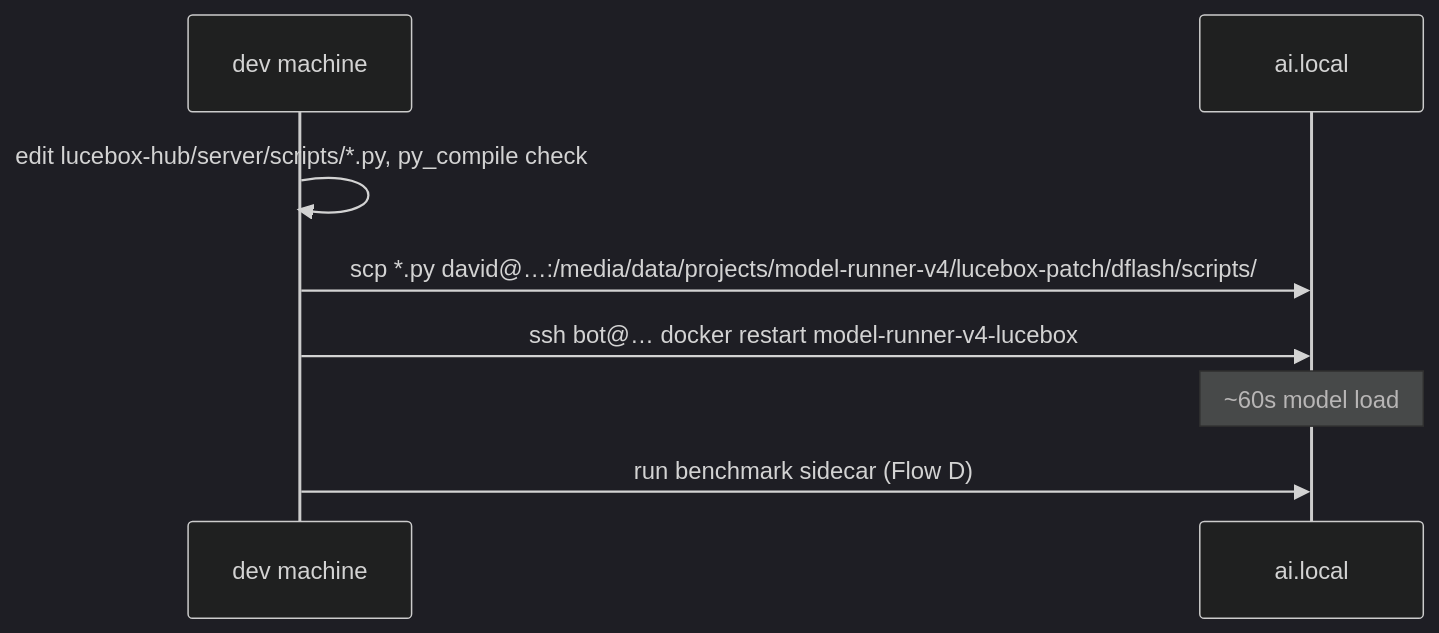
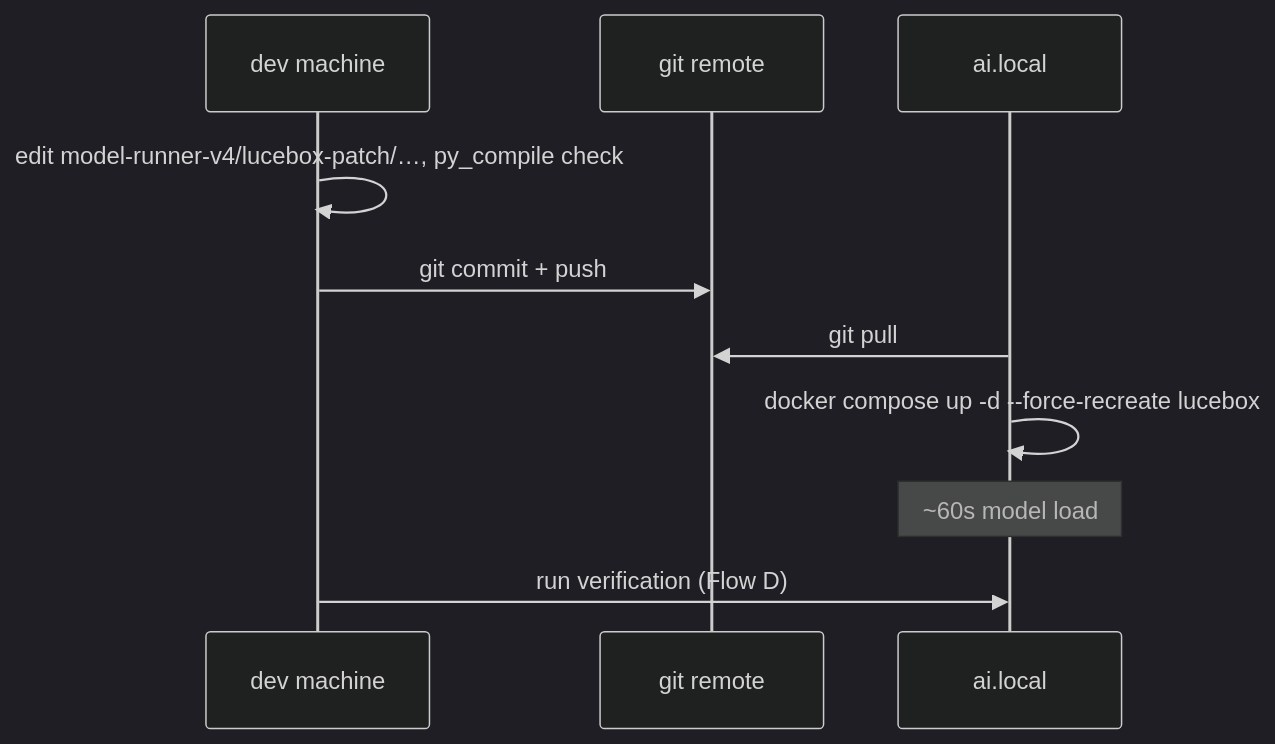
The second of 3 diagrams in docs/deployment-flow.md (davidmroth/model-runner-v4), drawn with Mermaid (dark theme) before and after one commit. The commit also changed other lines of this file and 4 other files, not shown here.

````diff
--- a/docs/deployment-flow.md
+++ b/docs/deployment-flow.md
@@ -60,10 +60,12 @@
 ```mermaid
 sequenceDiagram
   participant Dev as dev machine
+  participant Git as git remote
   participant AI as ai.local
-  Dev->>Dev: edit lucebox-hub/server/scripts/*.py, py_compile check
-  Dev->>AI: scp *.py david@…:/media/data/projects/model-runner-v4/lucebox-patch/dflash/scripts/
-  Dev->>AI: ssh bot@… docker restart model-runner-v4-lucebox
+  Dev->>Dev: edit model-runner-v4/lucebox-patch/…, py_compile check
+  Dev->>Git: git commit + push
+  AI->>Git: git pull
+  AI->>AI: docker compose up -d --force-recreate lucebox
   Note over AI: ~60s model load
-  Dev->>AI: run benchmark sidecar (Flow D)
+  Dev->>AI: run verification (Flow D)
 ```
````
